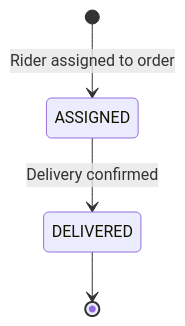
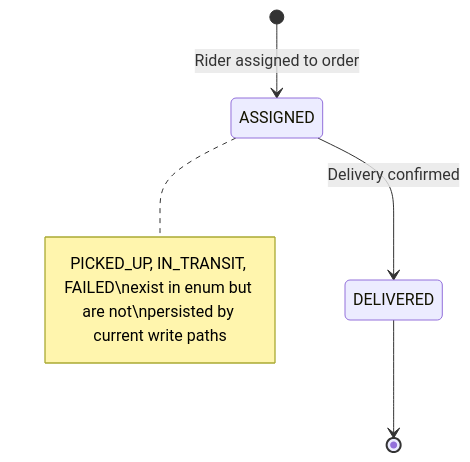
Before and after one commit to sunitakeazycommerz-a11y/InstaCommerce: the fifth of 9 diagrams in services/fulfillment-service/README.md, drawn with Mermaid. The commit also changed other lines of this file and 554 other files, not shown here.

````diff
--- a/services/fulfillment-service/README.md
+++ b/services/fulfillment-service/README.md
@@ -84,6 +260,8 @@
 ```mermaid
 stateDiagram-v2
     [*] --> ASSIGNED: Rider assigned to order
     ASSIGNED --> DELIVERED: Delivery confirmed
     DELIVERED --> [*]
+
+    note right of ASSIGNED: PICKED_UP, IN_TRANSIT, FAILED\nexist in enum but are not\npersisted by current write paths
 ```
````
